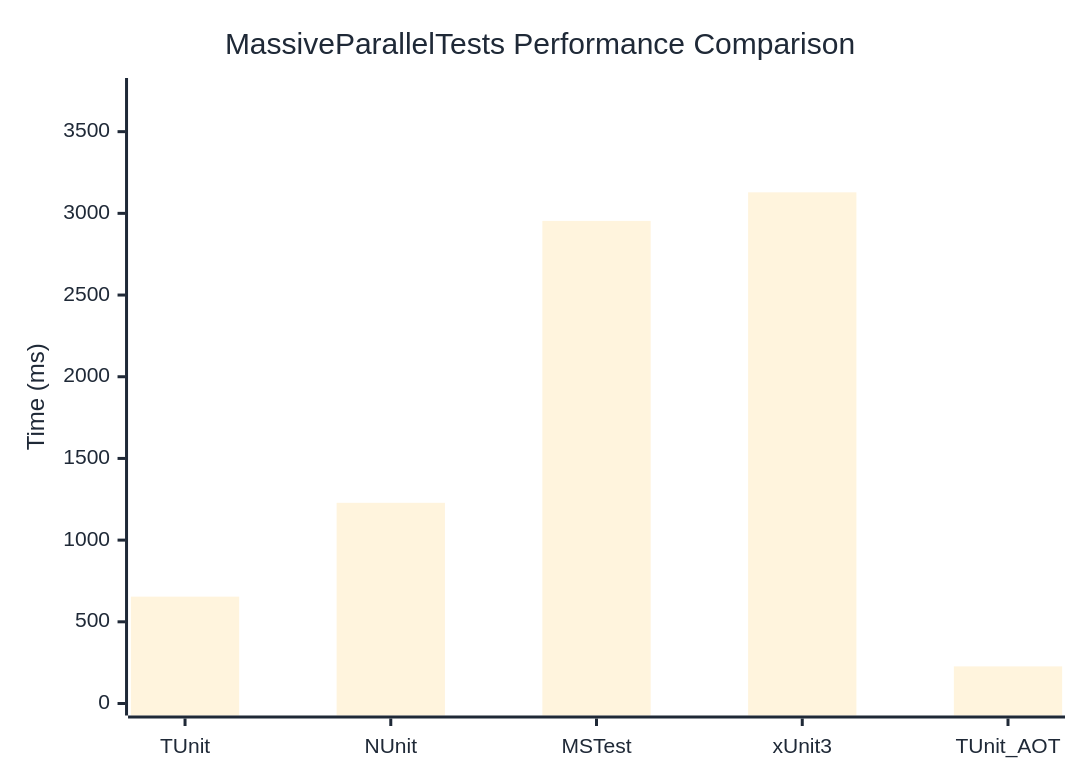
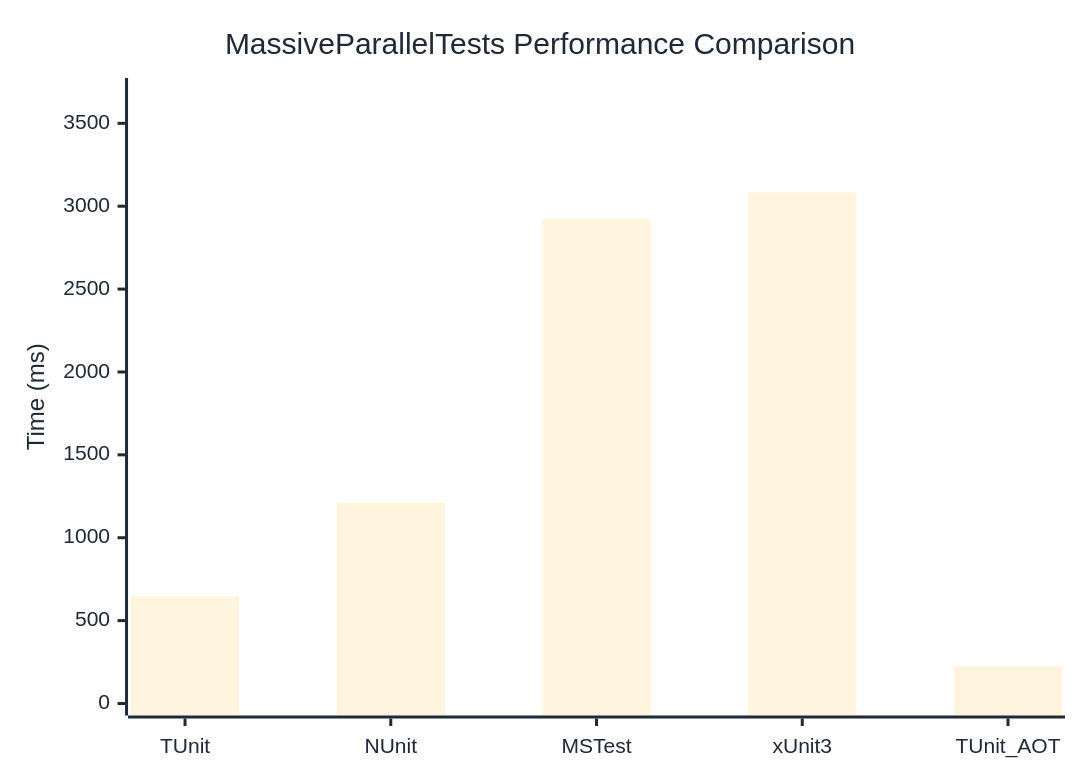
Before and after one commit to thomhurst/TUnit: the diagram in docs/docs/benchmarks/MassiveParallelTests.md, drawn with Mermaid. The commit also changed other lines of this file and 17 other files, not shown here.

````diff
--- a/docs/docs/benchmarks/MassiveParallelTests.md
+++ b/docs/docs/benchmarks/MassiveParallelTests.md
@@ -27,37 +27,37 @@
 ```mermaid
 %%{init: {
   'theme':'base',
   'themeVariables': {
     'primaryColor': '#2563eb',
     'primaryTextColor': '#1f2937',
     'primaryBorderColor': '#1e40af',
     'lineColor': '#6b7280',
     'secondaryColor': '#7c3aed',
     'tertiaryColor': '#dc2626',
     'background': '#ffffff',
     'mainBkg': '#2563eb',
     'secondBkg': '#7c3aed',
     'tertiaryBkg': '#dc2626',
     'clusterBkg': '#f3f4f6',
     'edgeLabelBackground': '#ffffff',
     'tertiaryTextColor': '#1f2937',
     'pie1': '#2563eb',
     'pie2': '#7c3aed',
     'pie3': '#dc2626',
     'pie4': '#f59e0b',
     'pie5': '#10b981',
     'pie6': '#06b6d4',
     'pie7': '#ec4899',
     'pie8': '#6366f1',
     'pie9': '#84cc16',
     'pie10': '#f97316',
     'pie11': '#14b8a6',
     'pie12': '#a855f7'
   }
 }}%%
 xychart-beta
   title "MassiveParallelTests Performance Comparison"
   x-axis ["TUnit", "NUnit", "MSTest", "xUnit3", "TUnit_AOT"]
-  y-axis "Time (ms)" 0 --> 3755
-  bar [654, 1228.3, 2953.7, 3128.7, 227.1]
+  y-axis "Time (ms)" 0 --> 3701
+  bar [646.1, 1211.5, 2924.7, 3083.6, 226.1]
 ```
````
